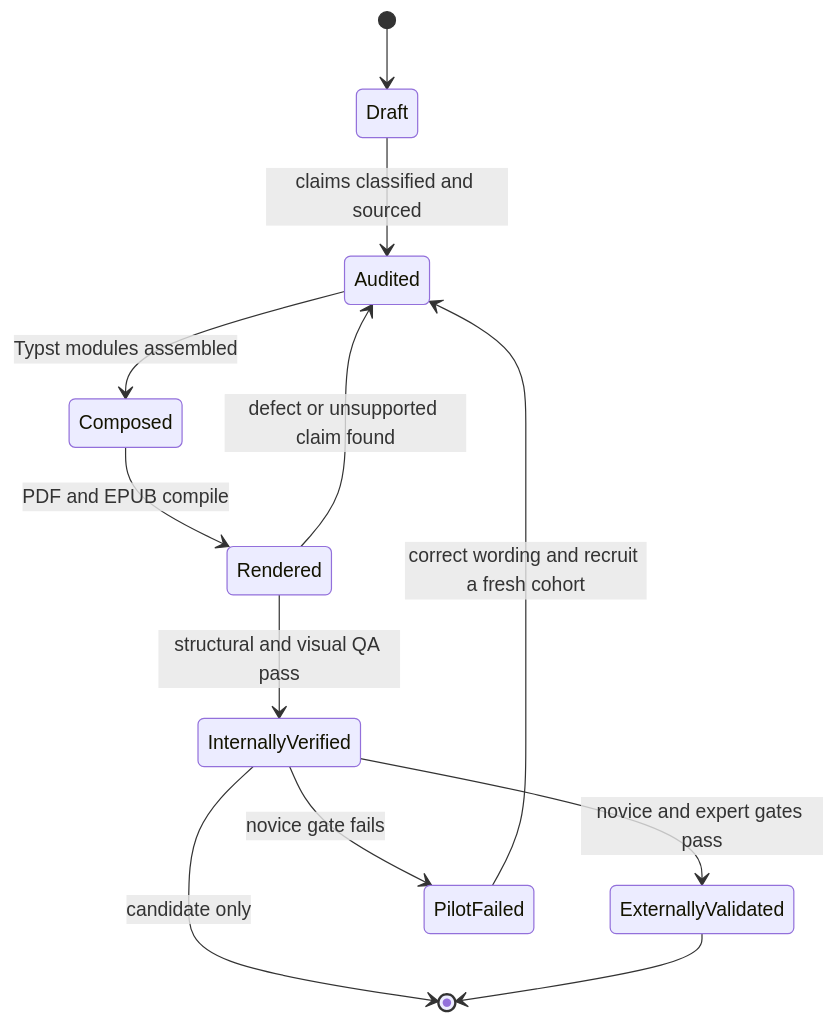
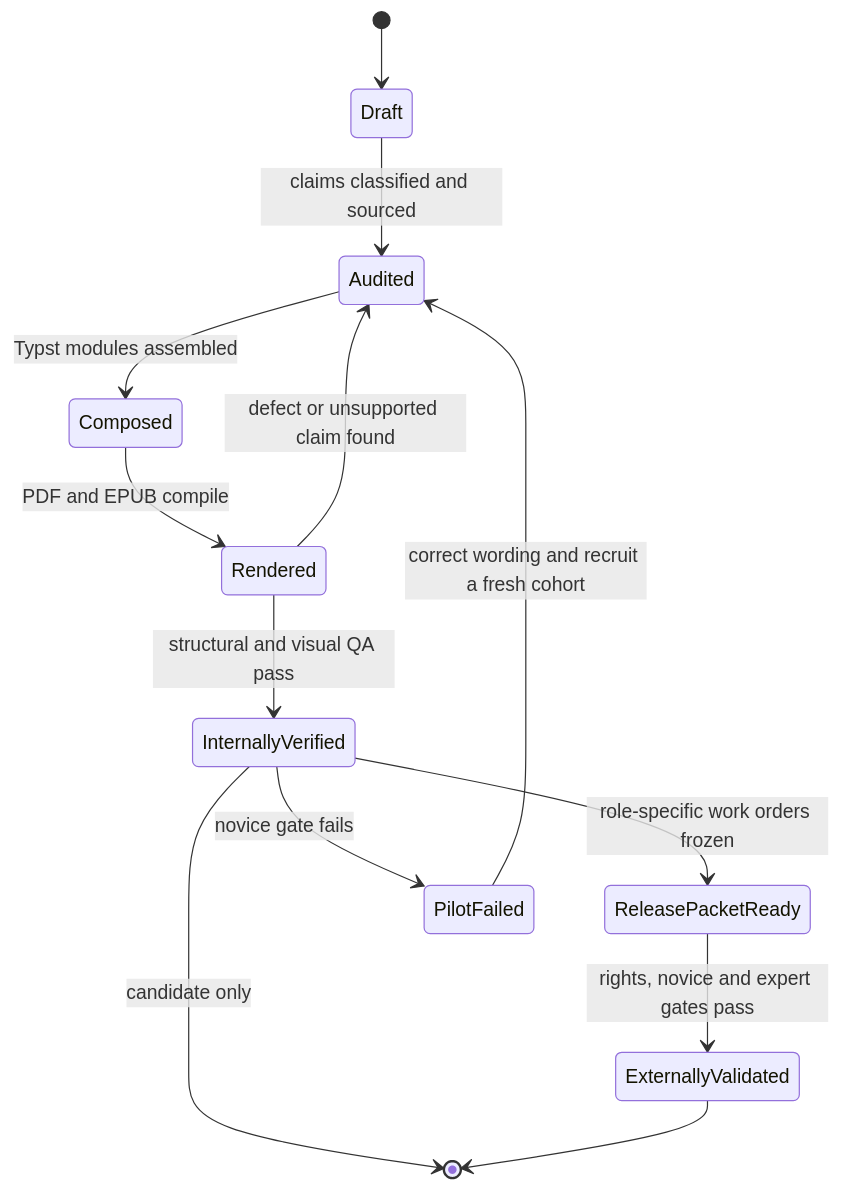
Before and after one commit to streamentry/streamentry: the fourth of 5 diagrams in AGENTS.md, drawn with Mermaid. The commit also changed other lines of this file and 32 other files, not shown here.

First line of the commit message:
Deepen Stream-entry guide and operationalize release gates (#7)

````diff
--- a/AGENTS.md
+++ b/AGENTS.md
@@ -123,14 +131,15 @@
 ```mermaid
 stateDiagram-v2
   [*] --> Draft
   Draft --> Audited: claims classified and sourced
   Audited --> Composed: Typst modules assembled
   Composed --> Rendered: PDF and EPUB compile
   Rendered --> Audited: defect or unsupported claim found
   Rendered --> InternallyVerified: structural and visual QA pass
-  InternallyVerified --> ExternallyValidated: novice and expert gates pass
+  InternallyVerified --> ReleasePacketReady: role-specific work orders frozen
+  ReleasePacketReady --> ExternallyValidated: rights, novice and expert gates pass
   InternallyVerified --> PilotFailed: novice gate fails
   PilotFailed --> Audited: correct wording and recruit a fresh cohort
   InternallyVerified --> [*]: candidate only
   ExternallyValidated --> [*]
 ```
````
